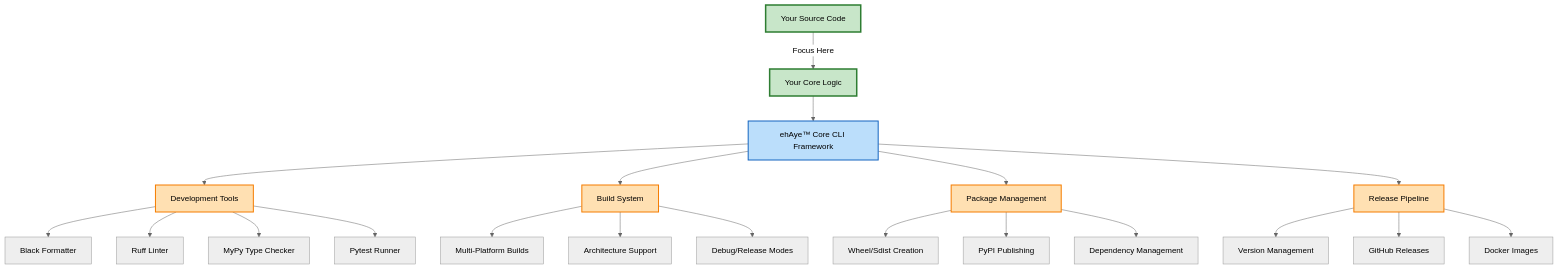
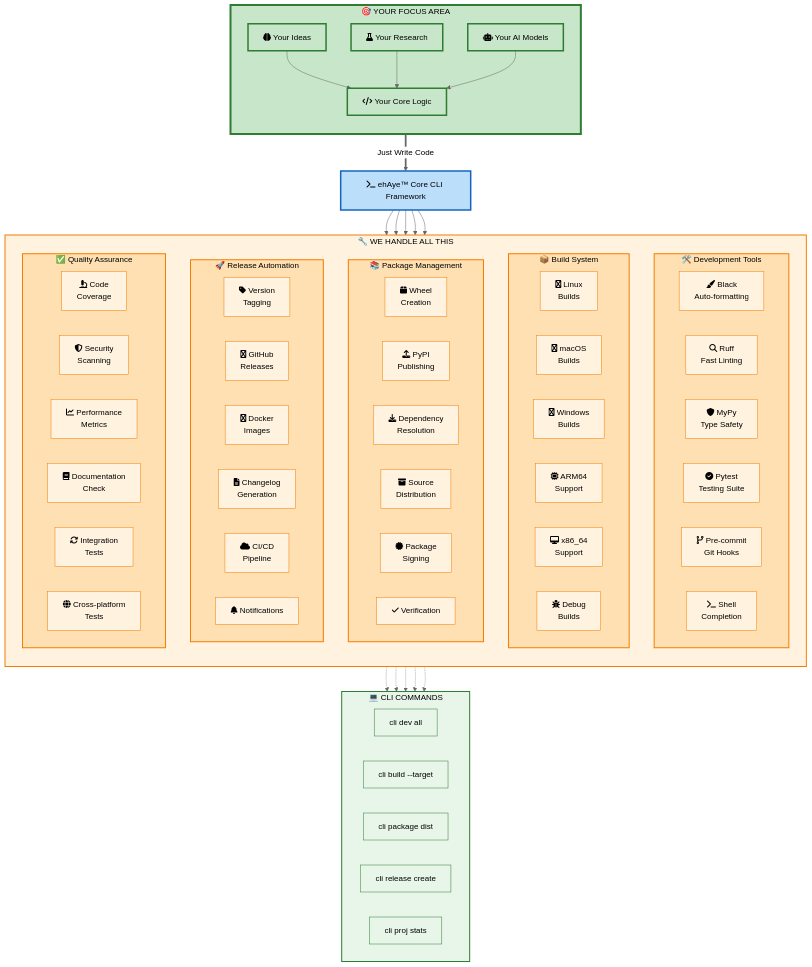
One commit to neekware/CoreCLI changed the diagram in README.md. Above: the diagram before and after it, drawn with Mermaid (neutral theme). The commit also changed other lines of this file, not shown here.

Commit message:
readme update

````diff
--- a/README.md
+++ b/README.md
@@ -63,35 +63,105 @@
 ```mermaid
-graph TD
-    A[Your Source Code] -->|Focus Here| B[Your Core Logic]
-    B --> CLI[ehAye™ Core CLI Framework]
-    
-    CLI --> D[Development Tools]
-    CLI --> E[Build System]
-    CLI --> F[Package Management]
-    CLI --> G[Release Pipeline]
-    
-    D --> D1[Black Formatter]
-    D --> D2[Ruff Linter]
-    D --> D3[MyPy Type Checker]
-    D --> D4[Pytest Runner]
-    
-    E --> E1[Multi-Platform Builds]
-    E --> E2[Architecture Support]
-    E --> E3[Debug/Release Modes]
-    
-    F --> F1[Wheel/Sdist Creation]
-    F --> F2[PyPI Publishing]
-    F --> F3[Dependency Management]
-    
-    G --> G1[Version Management]
-    G --> G2[GitHub Releases]
-    G --> G3[Docker Images]
-    
-    style A fill:#C8E6C9,stroke:#2E7D32,stroke-width:3px,color:#000
-    style B fill:#C8E6C9,stroke:#2E7D32,stroke-width:3px,color:#000
-    style CLI fill:#BBDEFB,stroke:#1565C0,stroke-width:2px,color:#000
-    style D fill:#FFE0B2,stroke:#F57C00,stroke-width:2px,color:#000
-    style E fill:#FFE0B2,stroke:#F57C00,stroke-width:2px,color:#000
-    style F fill:#FFE0B2,stroke:#F57C00,stroke-width:2px,color:#000
-    style G fill:#FFE0B2,stroke:#F57C00,stroke-width:2px,color:#000
+flowchart TB
+    subgraph YourFocus["🎯 YOUR FOCUS AREA"]
+        direction TB
+        A[fa:fa-brain Your Ideas]
+        B[fa:fa-code Your Core Logic]
+        C[fa:fa-flask Your Research]
+        D[fa:fa-robot Your AI Models]
+        A --> B
+        C --> B
+        D --> B
+    end
+
+    B ==>|Just Write Code| CLI[fa:fa-terminal ehAye™ Core CLI Framework]
+
+    subgraph Infrastructure["🔧 WE HANDLE ALL THIS"]
+        direction TB
+
+        subgraph DevTools["🛠️ Development Tools"]
+            DT1[fa:fa-paint-brush Black<br/>Auto-formatting]
+            DT2[fa:fa-search Ruff<br/>Fast Linting]
+            DT3[fa:fa-shield MyPy<br/>Type Safety]
+            DT4[fa:fa-check-circle Pytest<br/>Testing Suite]
+            DT5[fa:fa-code-branch Pre-commit<br/>Git Hooks]
+            DT6[fa:fa-terminal Shell<br/>Completion]
+        end
+
+        subgraph BuildSys["📦 Build System"]
+            BS1[fa:fa-linux Linux<br/>Builds]
+            BS2[fa:fa-apple macOS<br/>Builds]
+            BS3[fa:fa-windows Windows<br/>Builds]
+            BS4[fa:fa-microchip ARM64<br/>Support]
+            BS5[fa:fa-desktop x86_64<br/>Support]
+            BS6[fa:fa-bug Debug<br/>Builds]
+        end
+
+        subgraph Package["📚 Package Management"]
+            PK1[fa:fa-box Wheel<br/>Creation]
+            PK2[fa:fa-upload PyPI<br/>Publishing]
+            PK3[fa:fa-download Dependency<br/>Resolution]
+            PK4[fa:fa-archive Source<br/>Distribution]
+            PK5[fa:fa-certificate Package<br/>Signing]
+            PK6[fa:fa-check Verification]
+        end
+
+        subgraph Release["🚀 Release Automation"]
+            RL1[fa:fa-tag Version<br/>Tagging]
+            RL2[fa:fa-github GitHub<br/>Releases]
+            RL3[fa:fa-docker Docker<br/>Images]
+            RL4[fa:fa-file-text Changelog<br/>Generation]
+            RL5[fa:fa-cloud CI/CD<br/>Pipeline]
+            RL6[fa:fa-bell Notifications]
+        end
+
+        subgraph Quality["✅ Quality Assurance"]
+            QA1[fa:fa-microscope Code<br/>Coverage]
+            QA2[fa:fa-shield-alt Security<br/>Scanning]
+            QA3[fa:fa-chart-line Performance<br/>Metrics]
+            QA4[fa:fa-book Documentation<br/>Check]
+            QA5[fa:fa-sync Integration<br/>Tests]
+            QA6[fa:fa-globe Cross-platform<br/>Tests]
+        end
+    end
+
+    CLI --> DevTools
+    CLI --> BuildSys
+    CLI --> Package
+    CLI --> Release
+    CLI --> Quality
+
+    subgraph Commands["💻 CLI COMMANDS"]
+        direction LR
+        CMD1[cli dev all]
+        CMD2[cli build --target]
+        CMD3[cli package dist]
+        CMD4[cli release create]
+        CMD5[cli proj stats]
+    end
+
+    DevTools -.-> CMD1
+    BuildSys -.-> CMD2
+    Package -.-> CMD3
+    Release -.-> CMD4
+    Quality -.-> CMD5
+
+    style YourFocus fill:#C8E6C9,stroke:#2E7D32,stroke-width:4px,color:#000
+    style Infrastructure fill:#FFF3E0,stroke:#F57C00,stroke-width:2px,color:#000
+    style CLI fill:#BBDEFB,stroke:#1565C0,stroke-width:3px,color:#000
+    style DevTools fill:#FFE0B2,stroke:#F57C00,stroke-width:2px,color:#000
+    style BuildSys fill:#FFE0B2,stroke:#F57C00,stroke-width:2px,color:#000
+    style Package fill:#FFE0B2,stroke:#F57C00,stroke-width:2px,color:#000
+    style Release fill:#FFE0B2,stroke:#F57C00,stroke-width:2px,color:#000
+    style Quality fill:#FFE0B2,stroke:#F57C00,stroke-width:2px,color:#000
+    style Commands fill:#E8F5E9,stroke:#2E7D32,stroke-width:2px,color:#000
+
+    classDef focus fill:#C8E6C9,stroke:#2E7D32,stroke-width:3px,color:#000
+    classDef framework fill:#BBDEFB,stroke:#1565C0,stroke-width:2px,color:#000
+    classDef tool fill:#FFF3E0,stroke:#F57C00,stroke-width:1px,color:#000
+    classDef command fill:#E8F5E9,stroke:#2E7D32,stroke-width:1px,color:#000
+
+    class A,B,C,D focus
+    class CLI framework
+    class DT1,DT2,DT3,DT4,DT5,DT6,BS1,BS2,BS3,BS4,BS5,BS6,PK1,PK2,PK3,PK4,PK5,PK6,RL1,RL2,RL3,RL4,RL5,RL6,QA1,QA2,QA3,QA4,QA5,QA6 tool
+    class CMD1,CMD2,CMD3,CMD4,CMD5 command
 ```
````
